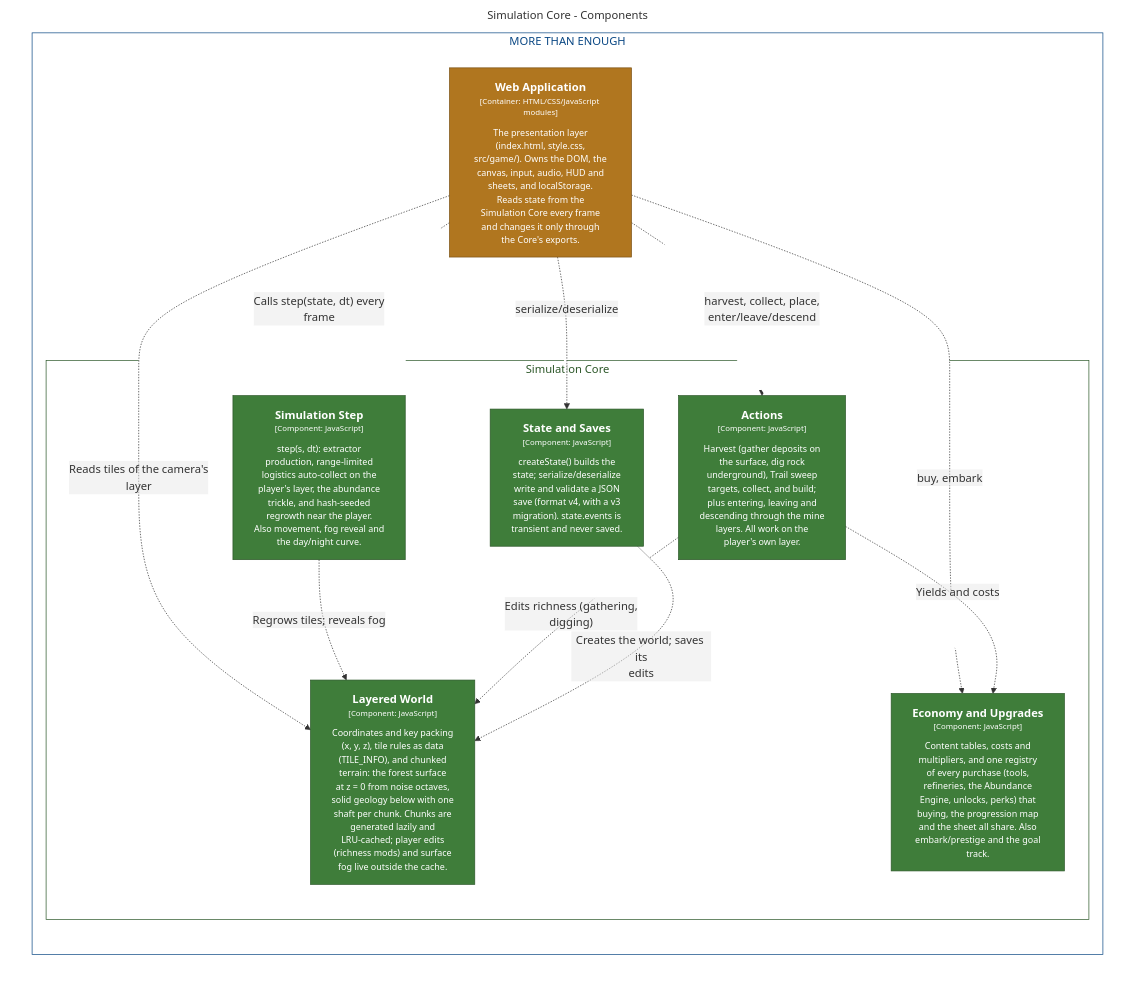
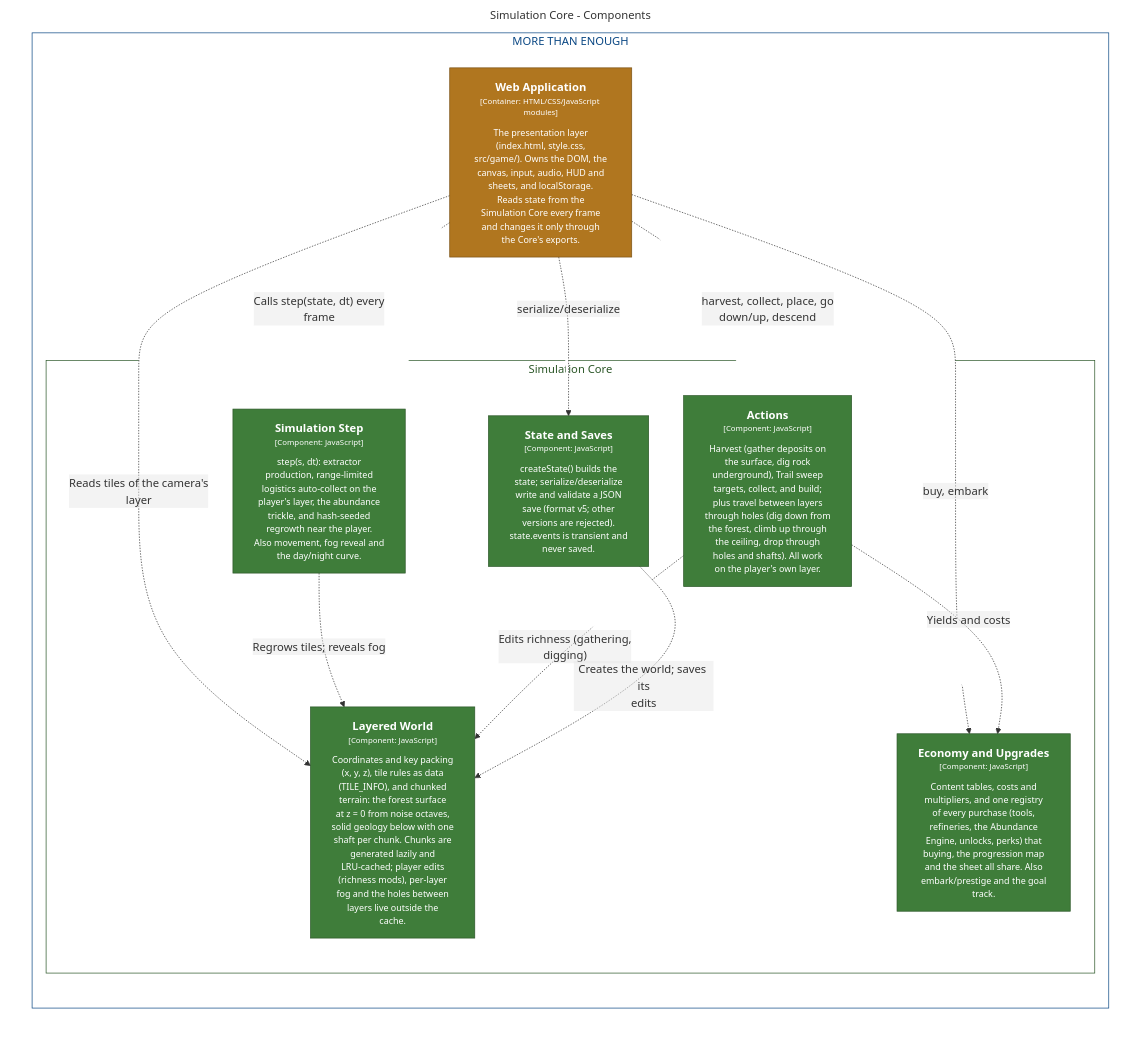
Before and after one commit to bitkojine/more-than-enough: the diagram in structurizr/diagrams/CoreComponents.mmd, drawn with Mermaid. The commit also changed 34 other files, not shown here.

First line of the commit message:
v0.22.0: holes between layers, mine fog, layer cutaway

```diff
--- a/structurizr/diagrams/CoreComponents.mmd
+++ b/structurizr/diagrams/CoreComponents.mmd
@@ -1,40 +1,40 @@
 %% Generated from structurizr/workspace.dsl — do not edit; run: node structurizr/scripts/structurizr.mjs mermaid
 graph LR
   linkStyle default fill:#ffffff
 
   subgraph diagram ["Simulation Core - Components"]
     style diagram fill:#ffffff,stroke:#ffffff
 
     subgraph 3 ["MORE THAN ENOUGH"]
       style 3 fill:#ffffff,stroke:#0b4884,color:#0b4884
 
       subgraph 15 ["Simulation Core"]
         style 15 fill:#ffffff,stroke:#2c5728,color:#2c5728
 
-        16["<div style='font-weight: bold'>Layered World</div><div style='font-size: 70%; margin-top: 0px'>[Component: JavaScript]</div><div style='font-size: 80%; margin-top:10px'>Coordinates and key packing<br />(x, y, z), tile rules as data<br />(TILE_INFO), and chunked<br />terrain: the forest surface<br />at z = 0 from noise octaves,<br />solid geology below with one<br />shaft per chunk. Chunks are<br />generated lazily and<br />LRU-cached; player edits<br />(richness mods) and surface<br />fog live outside the cache.</div>"]
+        16["<div style='font-weight: bold'>Layered World</div><div style='font-size: 70%; margin-top: 0px'>[Component: JavaScript]</div><div style='font-size: 80%; margin-top:10px'>Coordinates and key packing<br />(x, y, z), tile rules as data<br />(TILE_INFO), and chunked<br />terrain: the forest surface<br />at z = 0 from noise octaves,<br />solid geology below with one<br />shaft per chunk. Chunks are<br />generated lazily and<br />LRU-cached; player edits<br />(richness mods), per-layer<br />fog and the holes between<br />layers live outside the<br />cache.</div>"]
         style 16 fill:#3f7d3a,stroke:#2c5728,color:#ffffff
-        17["<div style='font-weight: bold'>State and Saves</div><div style='font-size: 70%; margin-top: 0px'>[Component: JavaScript]</div><div style='font-size: 80%; margin-top:10px'>createState() builds the<br />state; serialize/deserialize<br />write and validate a JSON<br />save (format v4, with a v3<br />migration). state.events is<br />transient and never saved.</div>"]
+        17["<div style='font-weight: bold'>State and Saves</div><div style='font-size: 70%; margin-top: 0px'>[Component: JavaScript]</div><div style='font-size: 80%; margin-top:10px'>createState() builds the<br />state; serialize/deserialize<br />write and validate a JSON<br />save (format v5; other<br />versions are rejected).<br />state.events is transient and<br />never saved.</div>"]
         style 17 fill:#3f7d3a,stroke:#2c5728,color:#ffffff
         18["<div style='font-weight: bold'>Simulation Step</div><div style='font-size: 70%; margin-top: 0px'>[Component: JavaScript]</div><div style='font-size: 80%; margin-top:10px'>step(s, dt): extractor<br />production, range-limited<br />logistics auto-collect on the<br />player's layer, the abundance<br />trickle, and hash-seeded<br />regrowth near the player.<br />Also movement, fog reveal and<br />the day/night curve.</div>"]
         style 18 fill:#3f7d3a,stroke:#2c5728,color:#ffffff
-        19["<div style='font-weight: bold'>Actions</div><div style='font-size: 70%; margin-top: 0px'>[Component: JavaScript]</div><div style='font-size: 80%; margin-top:10px'>Harvest (gather deposits on<br />the surface, dig rock<br />underground), Trail sweep<br />targets, collect, and build;<br />plus entering, leaving and<br />descending through the mine<br />layers. All work on the<br />player's own layer.</div>"]
+        19["<div style='font-weight: bold'>Actions</div><div style='font-size: 70%; margin-top: 0px'>[Component: JavaScript]</div><div style='font-size: 80%; margin-top:10px'>Harvest (gather deposits on<br />the surface, dig rock<br />underground), Trail sweep<br />targets, collect, and build;<br />plus travel between layers<br />through holes (dig down from<br />the forest, climb up through<br />the ceiling, drop through<br />holes and shafts). All work<br />on the player's own layer.</div>"]
         style 19 fill:#3f7d3a,stroke:#2c5728,color:#ffffff
         20["<div style='font-weight: bold'>Economy and Upgrades</div><div style='font-size: 70%; margin-top: 0px'>[Component: JavaScript]</div><div style='font-size: 80%; margin-top:10px'>Content tables, costs and<br />multipliers, and one registry<br />of every purchase (tools,<br />refineries, the Abundance<br />Engine, unlocks, perks) that<br />buying, the progression map<br />and the sheet all share. Also<br />embark/prestige and the goal<br />track.</div>"]
         style 20 fill:#3f7d3a,stroke:#2c5728,color:#ffffff
       end
 
       4["<div style='font-weight: bold'>Web Application</div><div style='font-size: 70%; margin-top: 0px'>[Container: HTML/CSS/JavaScript modules]</div><div style='font-size: 80%; margin-top:10px'>The presentation layer<br />(index.html, style.css,<br />src/game/). Owns the DOM, the<br />canvas, input, audio, HUD and<br />sheets, and localStorage.<br />Reads state from the<br />Simulation Core every frame<br />and changes it only through<br />the Core's exports.</div>"]
       style 4 fill:#b0761f,stroke:#7b5215,color:#ffffff
     end
 
     4-. "<div>Calls step(state, dt) every<br />frame</div><div style='font-size: 70%'></div>" .->18
-    4-. "<div>harvest, collect, place,<br />enter/leave/descend</div><div style='font-size: 70%'></div>" .->19
+    4-. "<div>harvest, collect, place, go<br />down/up, descend</div><div style='font-size: 70%'></div>" .->19
     4-. "<div>buy, embark</div><div style='font-size: 70%'></div>" .->20
     4-. "<div>Reads tiles of the camera's<br />layer</div><div style='font-size: 70%'></div>" .->16
     4-. "<div>serialize/deserialize</div><div style='font-size: 70%'></div>" .->17
     18-. "<div>Regrows tiles; reveals fog</div><div style='font-size: 70%'></div>" .->16
     19-. "<div>Edits richness (gathering,<br />digging)</div><div style='font-size: 70%'></div>" .->16
     19-. "<div>Yields and costs</div><div style='font-size: 70%'></div>" .->20
     17-. "<div>Creates the world; saves its<br />edits</div><div style='font-size: 70%'></div>" .->16
 
   end
```
